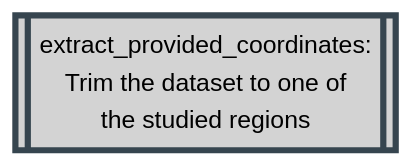
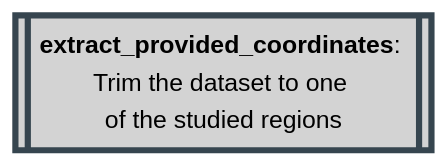
One commit to Tuks-ICMM/Pharmacogenetic-Analysis-Pipeline changed diagram 14 of 30 in docs/02-workflow/02-methodology.md. Above: the diagram before and after it, drawn with Mermaid. The commit also changed other lines of this file, not shown here.

````diff
--- a/docs/02-workflow/02-methodology.md
+++ b/docs/02-workflow/02-methodology.md
@@ -899,10 +645,7 @@
   ```mermaid
   flowchart TD
+    extract_provided_coordinates[[<b>extract_provided_coordinates</b>: <br>Trim the dataset to one <br>of the studied regions]]
+
     classDef plink stroke:#36454F,fill:#D3D3D3,stroke-width:4px,color:black;
-
-    extract_provided_coordinates[[extract_provided_coordinates:
-Trim the dataset to one of
-the studied regions]]
-
     class extract_provided_coordinates plink;
   ```
````
